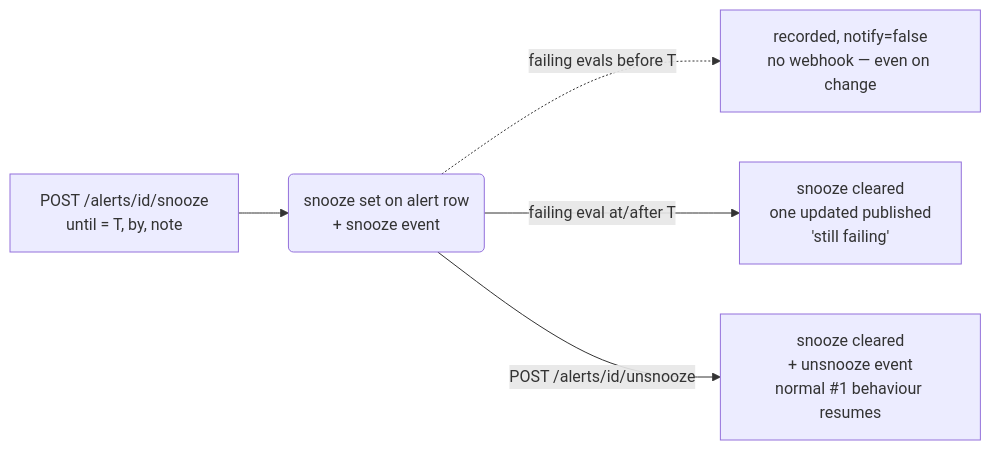
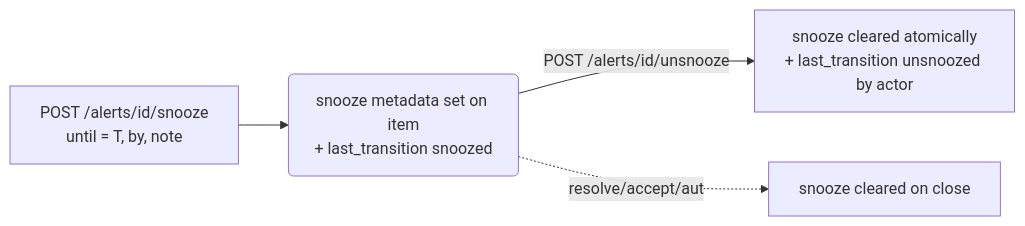
One commit to formancehq/reconciliation changed the fifth of 7 diagrams in docs/technical/workflows.md. Above: the diagram before and after it, drawn with Mermaid. The commit also changed other lines of this file and 10 other files, not shown here.

````diff
--- a/docs/technical/workflows.md
+++ b/docs/technical/workflows.md
@@ -183,7 +171,6 @@
 ```mermaid
 flowchart LR
-    S[POST /alerts/id/snooze<br/>until = T, by, note] --> M(snooze set on alert row<br/>+ snooze event)
-    M -.failing evals before T.-> Mute[recorded, notify=false<br/>no webhook — even on change]
-    M -- failing eval at/after T --> Exp[snooze cleared<br/>one updated published<br/>'still failing']
-    M -- POST /alerts/id/unsnooze --> Lift[snooze cleared<br/>+ unsnooze event<br/>normal #1 behaviour resumes]
+    S[POST /alerts/id/snooze<br/>until = T, by, note] --> M(snooze metadata set on item<br/>+ last_transition snoozed)
+    M -- POST /alerts/id/unsnooze --> Lift[snooze cleared atomically<br/>+ last_transition unsnoozed by actor]
+    M -.resolve/accept/auto.-> Clr[snooze cleared on close]
 ```
````
